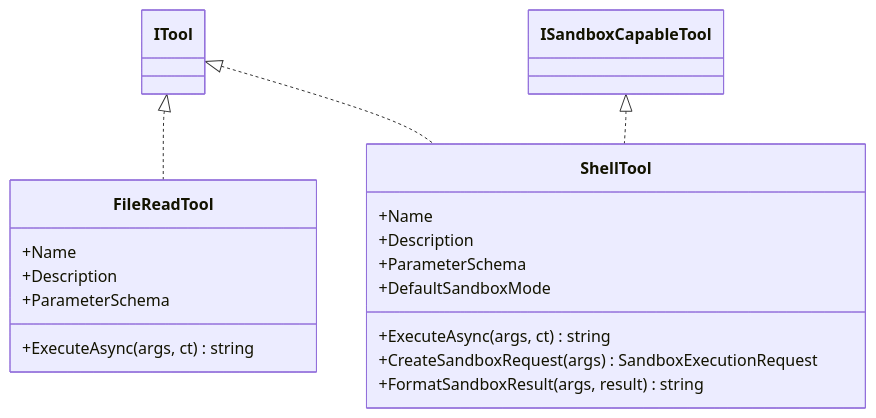
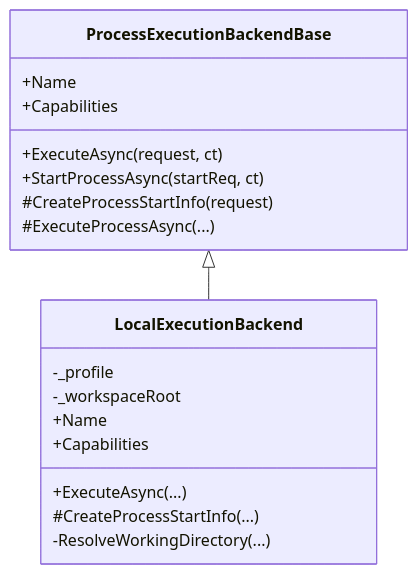
The fifth of 7 diagrams in .qoder/repowiki/zh/content/工具系统/工具系统.md (wayyet/kingcrab), drawn with Mermaid before and after one commit. The commit also changed other lines of this file and 173 other files, not shown here.

````diff
--- a/.qoder/repowiki/zh/content/工具系统/工具系统.md
+++ b/.qoder/repowiki/zh/content/工具系统/工具系统.md
@@ -299,21 +232,21 @@
 ```mermaid
 classDiagram
-class FileReadTool {
+class ProcessExecutionBackendBase {
 +Name
-+Description
-+ParameterSchema
-+ExecuteAsync(args, ct) string
++Capabilities
++ExecuteAsync(request, ct)
++StartProcessAsync(startReq, ct)
+#CreateProcessStartInfo(request)
+#ExecuteProcessAsync(...)
 }
-class ShellTool {
+class LocalExecutionBackend {
+-_profile
+-_workspaceRoot
 +Name
-+Description
-+ParameterSchema
-+DefaultSandboxMode
-+ExecuteAsync(args, ct) string
-+CreateSandboxRequest(args) SandboxExecutionRequest
-+FormatSandboxResult(args, result) string
++Capabilities
++ExecuteAsync(...)
+#CreateProcessStartInfo(...)
+-ResolveWorkingDirectory(...)
 }
-ITool <|.. FileReadTool
-ITool <|.. ShellTool
-ISandboxCapableTool <|.. ShellTool
+ProcessExecutionBackendBase <|-- LocalExecutionBackend
 ```
````
